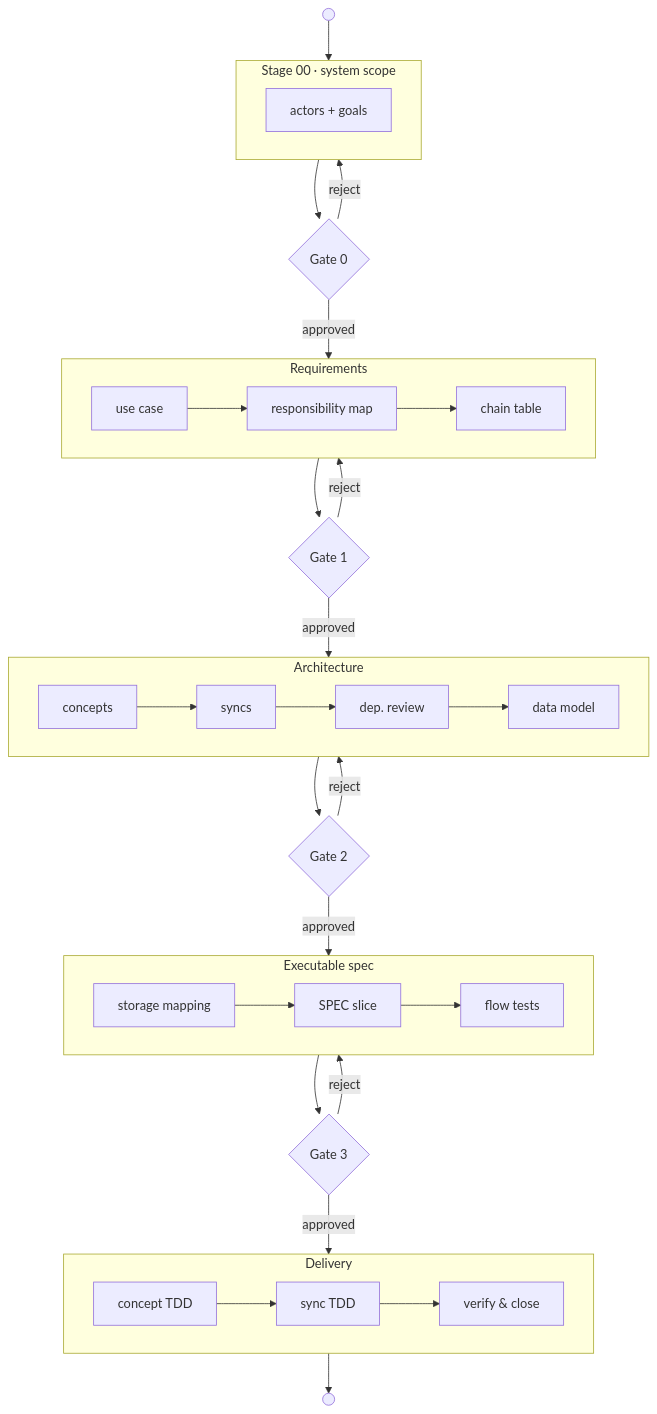
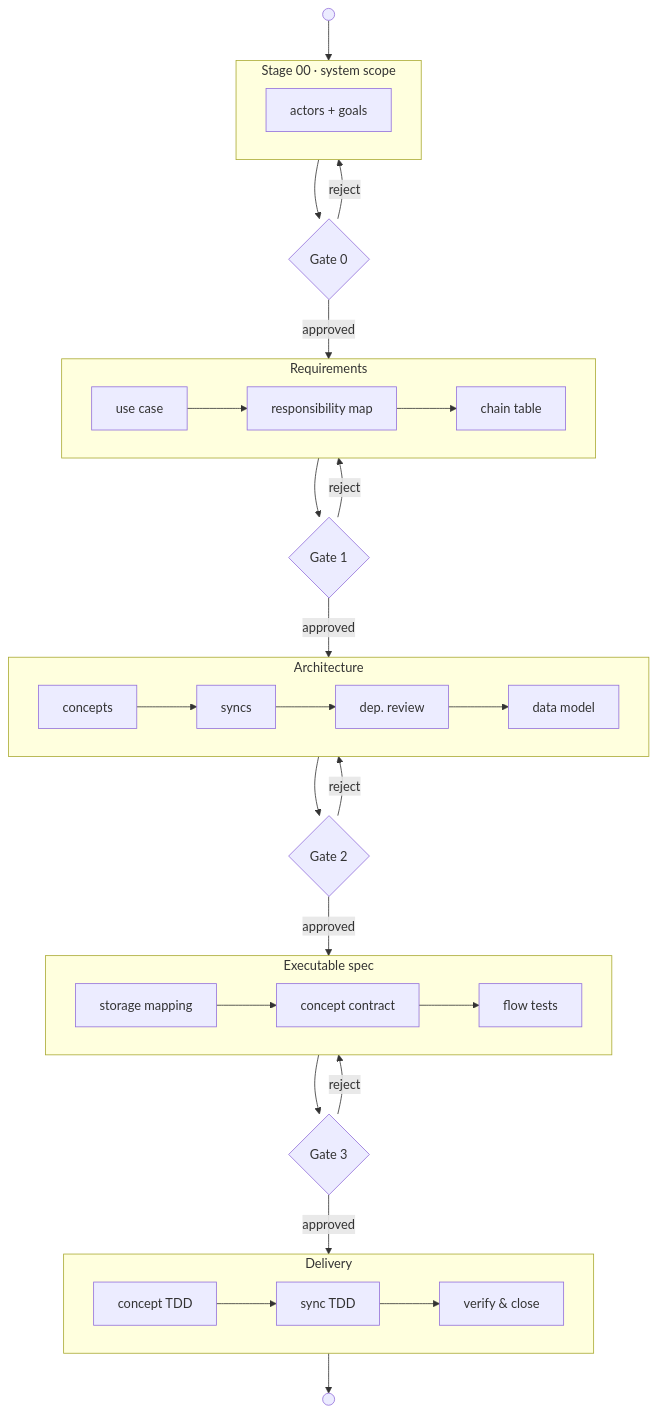
Before and after one commit to abratto/clad: the first of 2 diagrams in README.md, drawn with Mermaid. The commit also changed other lines of this file, not shown here.

````diff
--- a/README.md
+++ b/README.md
@@ -35,40 +61,40 @@
 ```mermaid
 flowchart TD
     START(( ))
     subgraph S00["Stage 00 · system scope"]
         actors["actors + goals"]
     end
     G0{"Gate 0"}
     START --> S00 --> G0
     G0 -->|"reject"| S00
     G0 -->|"approved"| REQS
     subgraph REQS["Requirements"]
         direction LR
         USECASE["use case"] --> RMAP["responsibility map"] --> CHAIN["chain table"]
     end
     G1{"Gate 1"}
     REQS --> G1
     G1 -->|"reject"| REQS
     G1 -->|"approved"| ARCH
     subgraph ARCH["Architecture"]
         direction LR
         CONCS["concepts"] --> SYNCS["syncs"] --> DEP["dep. review"] --> DM["data model"]
     end
     G2{"Gate 2"}
     ARCH --> G2
     G2 -->|"reject"| ARCH
     G2 -->|"approved"| SPEC
     subgraph SPEC["Executable spec"]
         direction LR
-        STORE["storage mapping"] --> SLICE["SPEC slice"] --> FLOW["flow tests"]
+        STORE["storage mapping"] --> SLICE["concept contract"] --> FLOW["flow tests"]
     end
     G3{"Gate 3"}
     SPEC --> G3
     G3 -->|"reject"| SPEC
     G3 -->|"approved"| DELIVERY
     subgraph DELIVERY["Delivery"]
         direction LR
         CTDD["concept TDD"] --> STDD["sync TDD"] --> VER["verify & close"]
     end
     DELIVERY --> END(( ))
 ```
````
